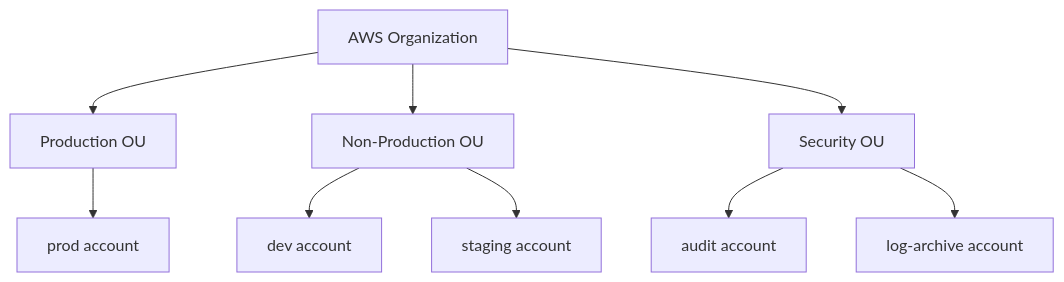
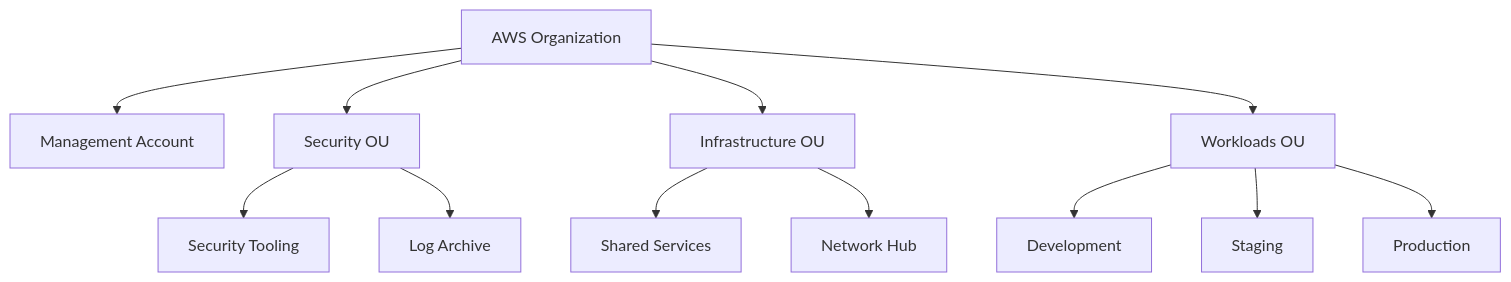
One commit to rishikeshdhokare/platform-manifesto changed the diagram in 04-infrastructure-and-cloud/01-cloud-architecture.md. Above: the diagram before and after it, drawn with Mermaid.

Commit message:
fix: align AWS OU/account structure in Mermaid with ASCII org chart
Match Security, Infrastructure, and Workloads OUs and account labels
to the canonical ASCII diagram. Fixes #46.

Made-with: Cursor

````diff
--- a/04-infrastructure-and-cloud/01-cloud-architecture.md
+++ b/04-infrastructure-and-cloud/01-cloud-architecture.md
@@ -53,11 +53,14 @@
 ```mermaid
 flowchart TB
-    Org[AWS Organization] --> ProdOU[Production OU]
-    Org --> NonProdOU[Non-Production OU]
-    Org --> SecurityOU[Security OU]
-    ProdOU --> ProdAcct[prod account]
-    NonProdOU --> DevAcct[dev account]
-    NonProdOU --> StagingAcct[staging account]
-    SecurityOU --> AuditAcct[audit account]
-    SecurityOU --> LogAcct[log-archive account]
+    Org[AWS Organization] --> Mgmt[Management Account]
+    Org --> SecOU[Security OU]
+    SecOU --> SecTool[Security Tooling]
+    SecOU --> LogArc[Log Archive]
+    Org --> InfraOU[Infrastructure OU]
+    InfraOU --> SharedSvc[Shared Services]
+    InfraOU --> NetHub[Network Hub]
+    Org --> WorkOU[Workloads OU]
+    WorkOU --> Dev[Development]
+    WorkOU --> Staging[Staging]
+    WorkOU --> Prod[Production]
 ```
````
